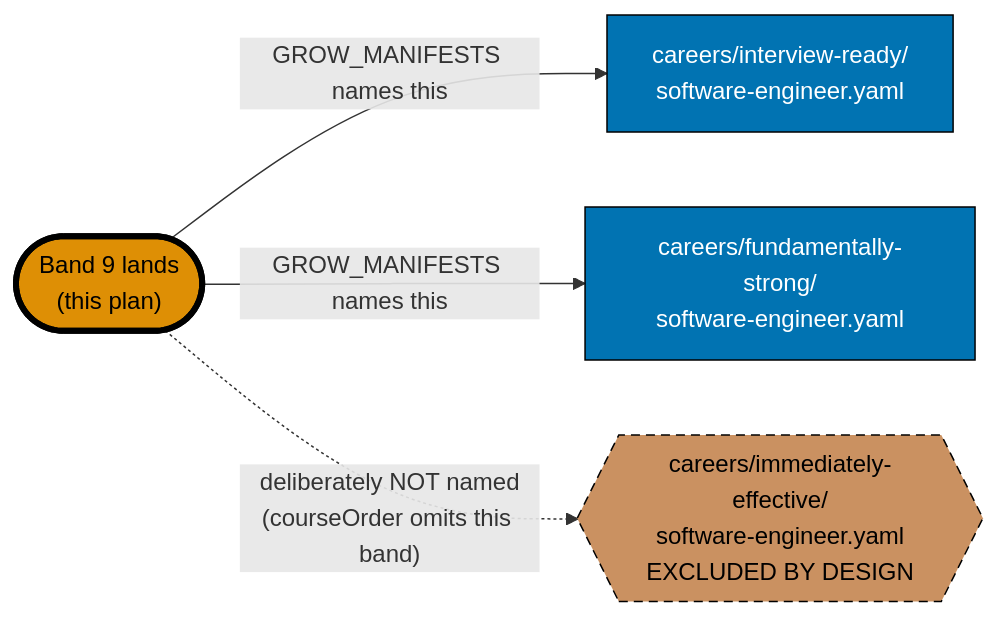
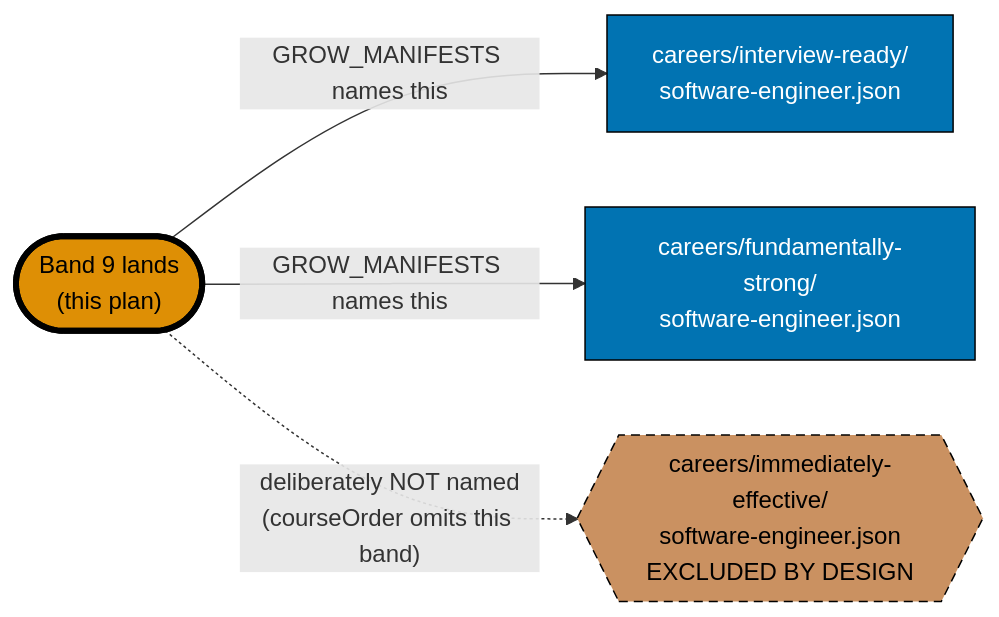
The first of 2 diagrams in plans/backlog/ayokoding-learning-path-09-course-authoring-interview-technique/tech-docs.md (wahidyankf/open-sharia-fintech), drawn with Mermaid before and after one commit. The commit also changed other lines of this file and 70 other files, not shown here.

````diff
--- a/plans/backlog/ayokoding-learning-path-09-course-authoring-interview-technique/tech-docs.md
+++ b/plans/backlog/ayokoding-learning-path-09-course-authoring-interview-technique/tech-docs.md
@@ -69,18 +69,18 @@
 ```mermaid
 %% Contrasts Band 9's two-manifest growth against the eight-band default of three.
 %% Node SHAPE encodes manifest membership: rectangle = grows for this band, hexagon = excluded by design.
 %% Edge presence/absence IS the data — no edge from THIS to the excluded manifest is the whole point.
 flowchart LR
     THIS(["Band 9 lands<br/>(this plan)"]):::band
-    M1["careers/interview-ready/<br/>software-engineer.yaml"]:::grows
-    M2["careers/fundamentally-strong/<br/>software-engineer.yaml"]:::grows
-    M3{{"careers/immediately-effective/<br/>software-engineer.yaml<br/>EXCLUDED BY DESIGN"}}:::excluded
+    M1["careers/interview-ready/<br/>software-engineer.json"]:::grows
+    M2["careers/fundamentally-strong/<br/>software-engineer.json"]:::grows
+    M3{{"careers/immediately-effective/<br/>software-engineer.json<br/>EXCLUDED BY DESIGN"}}:::excluded
 
     THIS -->|"GROW_MANIFESTS names this"| M1
     THIS -->|"GROW_MANIFESTS names this"| M2
     THIS -.->|"deliberately NOT named<br/>(courseOrder omits this band)"| M3
 
     classDef band fill:#DE8F05,stroke:#000000,color:#000000,stroke-width:4px
     classDef grows fill:#0173B2,stroke:#000000,color:#FFFFFF
     classDef excluded fill:#CA9161,stroke:#000000,color:#000000,stroke-dasharray: 6 4
 ```
````
